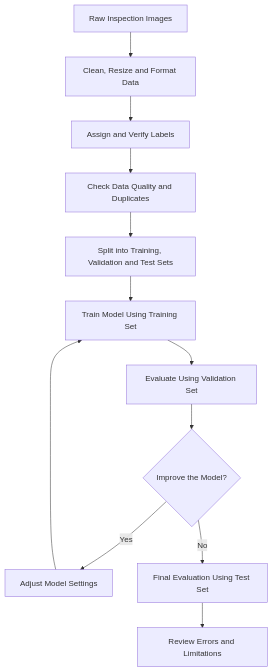
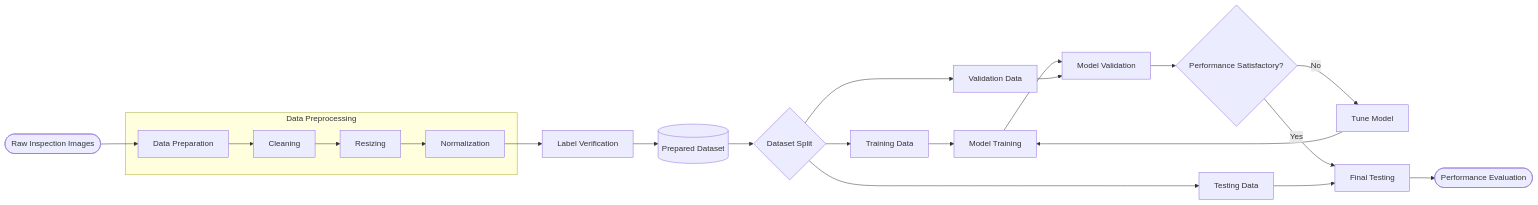
The diagram in week-04/data_behind_deep_learning.md (SathvikaPateluppu/vlsiguru-ai-literacy-UppulaSathvika), drawn with Mermaid before and after one commit. The commit also changed other lines of this file, not shown here.

````diff
--- a/week-04/data_behind_deep_learning.md
+++ b/week-04/data_behind_deep_learning.md
@@ -159,14 +159,32 @@
 ```mermaid
-flowchart TD
-    A["Raw Inspection Images"] --> B["Clean, Resize and Format Data"]
-    B --> C["Assign and Verify Labels"]
-    C --> D["Check Data Quality and Duplicates"]
-    D --> E["Split into Training, Validation and Test Sets"]
-    E --> F["Train Model Using Training Set"]
-    F --> G["Evaluate Using Validation Set"]
-    G --> H{"Improve the Model?"}
-    H -- Yes --> I["Adjust Model Settings"]
-    I --> F
-    H -- No --> J["Final Evaluation Using Test Set"]
-    J --> K["Review Errors and Limitations"]
+flowchart LR
+    A(["Raw Inspection Images"]) --> B["Data Preparation"]
+
+    subgraph PRE["Data Preprocessing"]
+        B --> C["Cleaning"]
+        C --> D["Resizing"]
+        D --> E["Normalization"]
+    end
+
+    E --> F["Label Verification"]
+    F --> G[("Prepared Dataset")]
+
+    G --> H{"Dataset Split"}
+
+    H --> I["Training Data"]
+    H --> J["Validation Data"]
+    H --> K["Testing Data"]
+
+    I --> L["Model Training"]
+    L --> M["Model Validation"]
+    J --> M
+
+    M --> N{"Performance Satisfactory?"}
+    N -- No --> O["Tune Model"]
+    O --> L
+
+    N -- Yes --> P["Final Testing"]
+    K --> P
+
+    P --> Q(["Performance Evaluation"])
 ```
````
